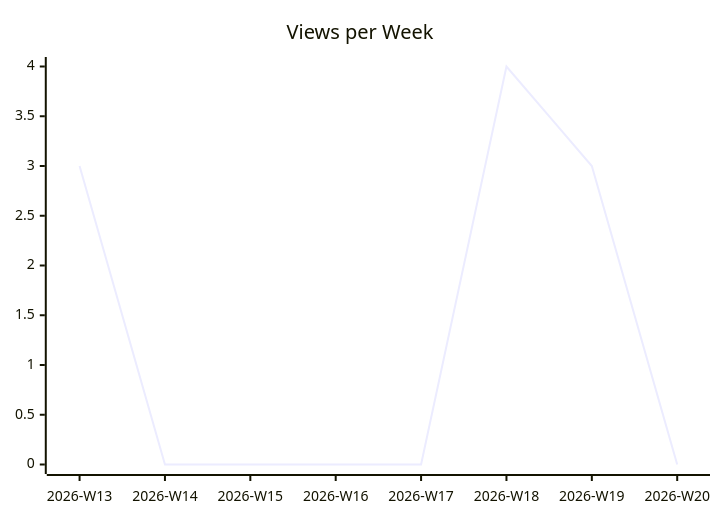
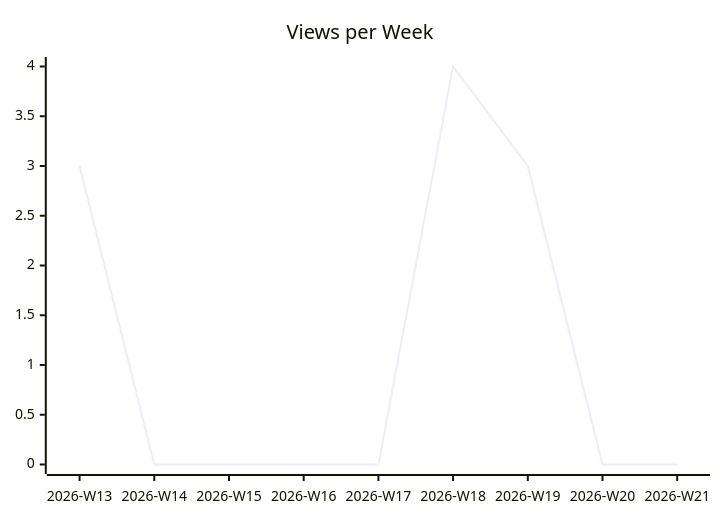
Before and after one commit to justdavis-family/github-analytics-data: the second of 3 diagrams in karlmdavis/kxml2/README.md, drawn with Mermaid. The commit also changed other lines of this file and 189 other files, not shown here.

````diff
--- a/karlmdavis/kxml2/README.md
+++ b/karlmdavis/kxml2/README.md
@@ -12,6 +12,6 @@
 ```mermaid
 xychart-beta
   title "Views per Week"
-  x-axis ["2026-W13", "2026-W14", "2026-W15", "2026-W16", "2026-W17", "2026-W18", "2026-W19", "2026-W20"]
-  line [3, 0, 0, 0, 0, 4, 3, 0]
+  x-axis ["2026-W13", "2026-W14", "2026-W15", "2026-W16", "2026-W17", "2026-W18", "2026-W19", "2026-W20", "2026-W21"]
+  line [3, 0, 0, 0, 0, 4, 3, 0, 0]
 ```
````
